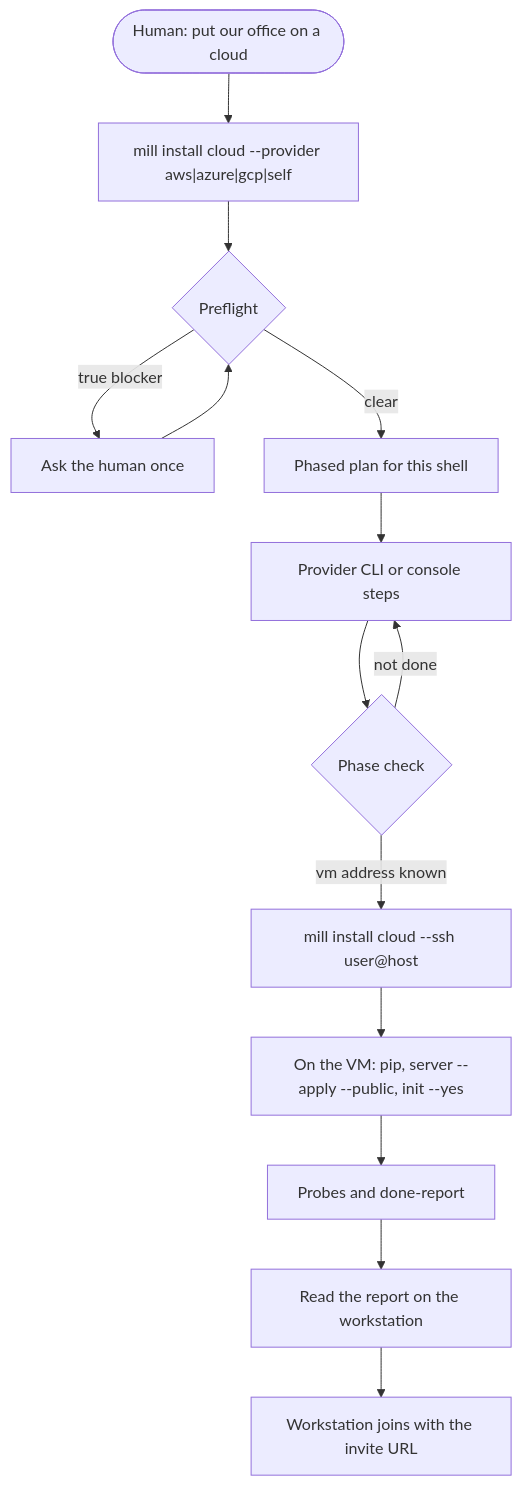
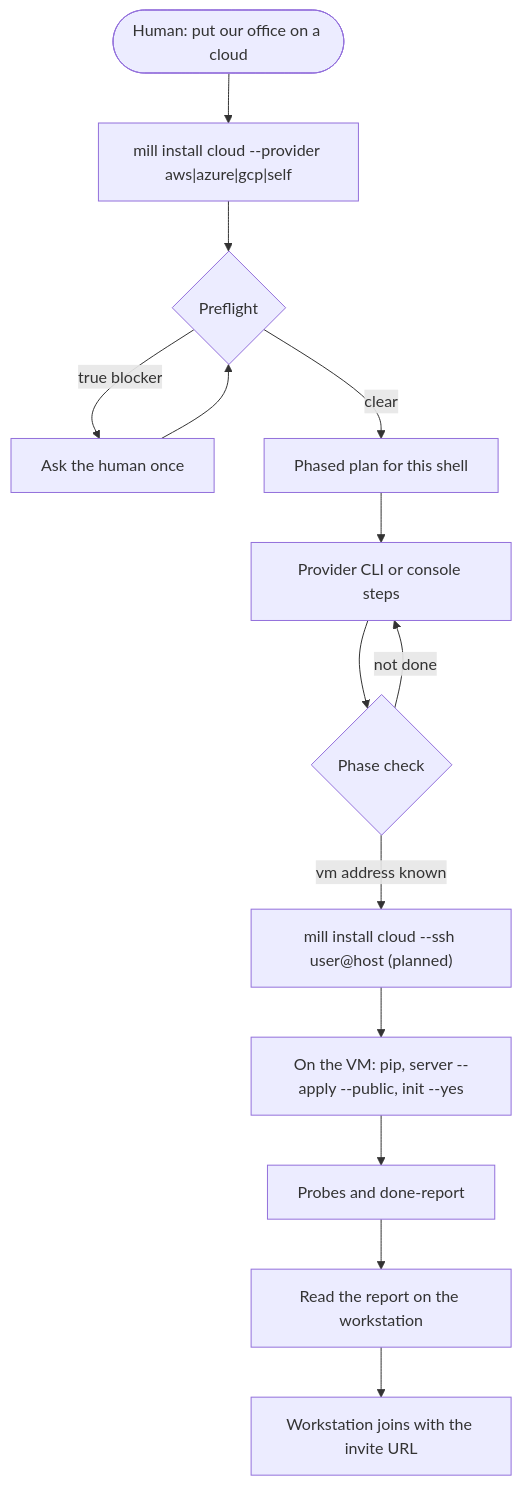
One commit to pyginapithon/the-mill changed the diagram in docs/install/CLOUD.md. Above: the diagram before and after it, drawn with Mermaid. The commit also changed other lines of this file and 21 other files, not shown here.

````diff
--- a/docs/install/CLOUD.md
+++ b/docs/install/CLOUD.md
@@ -19,16 +19,16 @@
 ```mermaid
 flowchart TD
   ask([Human: put our office on a cloud]) --> pre["mill install cloud --provider aws|azure|gcp|self"]
   pre --> pf{Preflight}
   pf -->|true blocker| human[Ask the human once]
   human --> pf
   pf -->|clear| plan[Phased plan for this shell]
   plan --> step[Provider CLI or console steps]
   step --> check{Phase check}
   check -->|not done| step
-  check -->|vm address known| ssh["mill install cloud --ssh user@host"]
+  check -->|vm address known| ssh["mill install cloud --ssh user@host (planned)"]
   ssh --> vm["On the VM: pip, server --apply --public, init --yes"]
   vm --> report[Probes and done-report]
   report --> back[Read the report on the workstation]
   back --> join[Workstation joins with the invite URL]
 ```
````
